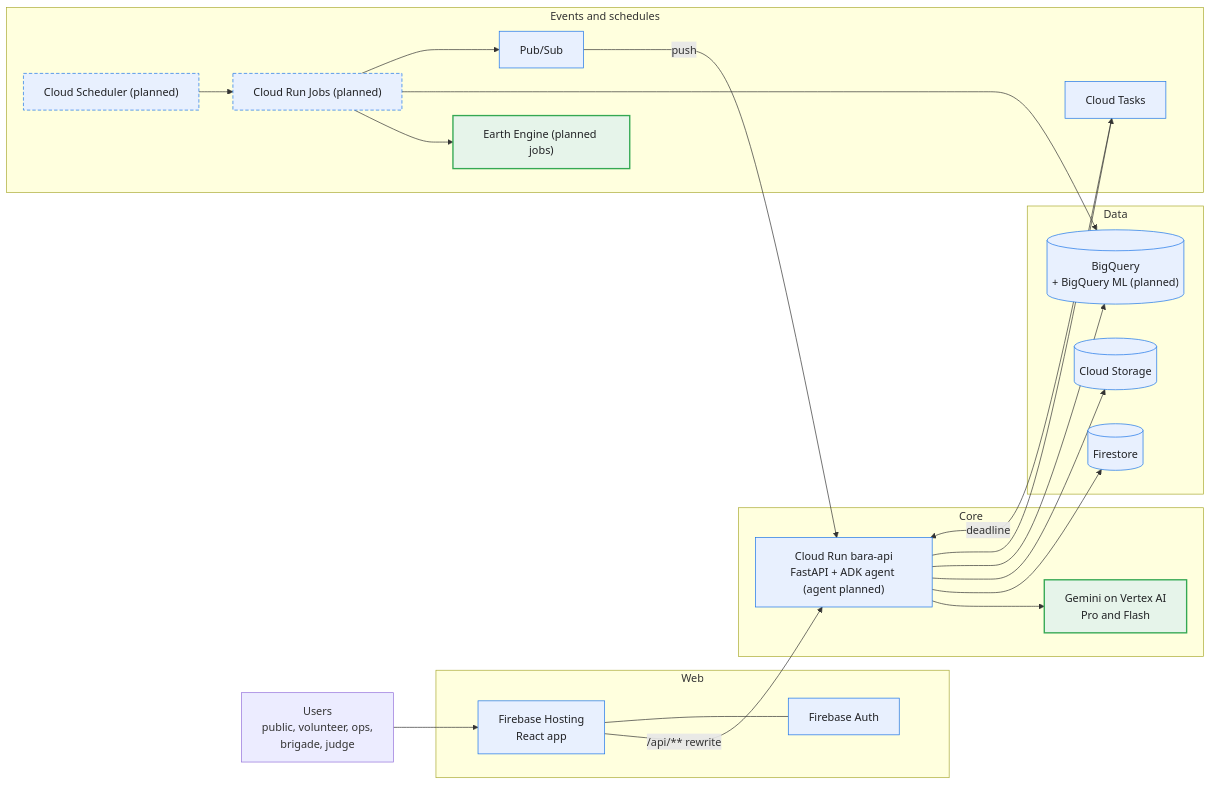
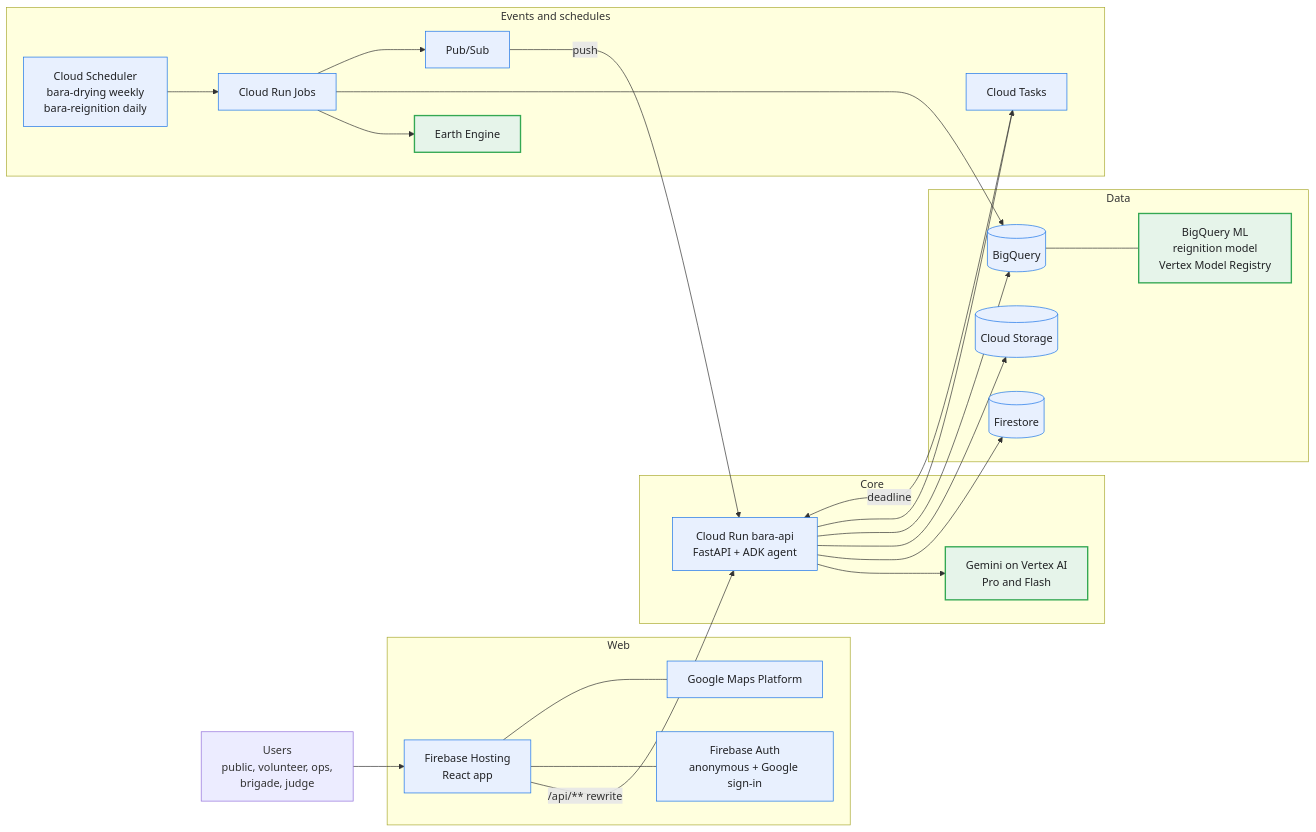
One commit to faber-eng/bara changed the diagram in README.md. Above: the diagram before and after it, drawn with Mermaid. The commit also changed other lines of this file and 2 other files, not shown here.

````diff
--- a/README.md
+++ b/README.md
@@ -19,41 +27,44 @@
 ```mermaid
 flowchart LR
   U["Users<br/>public, volunteer, ops,<br/>brigade, judge"]
   subgraph Edge["Web"]
     H["Firebase Hosting<br/>React app"]:::gcp
-    A["Firebase Auth"]:::gcp
+    A["Firebase Auth<br/>anonymous + Google sign-in"]:::gcp
+    M["Google Maps Platform"]:::gcp
   end
   subgraph Core["Core"]
-    API["Cloud Run bara-api<br/>FastAPI + ADK agent (agent planned)"]:::gcp
+    API["Cloud Run bara-api<br/>FastAPI + ADK agent"]:::gcp
     G["Gemini on Vertex AI<br/>Pro and Flash"]:::ai
   end
   subgraph Data["Data"]
     FS[("Firestore")]:::gcp
     GCS[("Cloud Storage")]:::gcp
-    BQ[("BigQuery<br/>+ BigQuery ML (planned)")]:::gcp
+    BQ[("BigQuery")]:::gcp
+    ML["BigQuery ML<br/>reignition model<br/>Vertex Model Registry"]:::ai
   end
   subgraph Async["Events and schedules"]
     PS["Pub/Sub"]:::gcp
     CT["Cloud Tasks"]:::gcp
-    SCH["Cloud Scheduler (planned)"]:::planned
-    JOB["Cloud Run Jobs (planned)"]:::planned
-    EE["Earth Engine (planned jobs)"]:::ai
+    SCH["Cloud Scheduler<br/>bara-drying weekly<br/>bara-reignition daily"]:::gcp
+    JOB["Cloud Run Jobs"]:::gcp
+    EE["Earth Engine"]:::ai
   end
   U --> H
   H -->|"/api/** rewrite"| API
   H --- A
+  H --- M
   API --> G
   API --> FS
   API --> GCS
   API --> BQ
+  BQ --- ML
   API --> CT
   CT -->|"deadline"| API
   SCH --> JOB
   JOB --> EE
   JOB --> BQ
   JOB --> PS
   PS -->|"push"| API
   classDef gcp fill:#e8f0fe,stroke:#1a73e8,color:#202124
   classDef ai fill:#e6f4ea,stroke:#34a853,stroke-width:2px,color:#202124
-  classDef planned fill:#e8f0fe,stroke:#1a73e8,stroke-dasharray:5 3,color:#202124
 ```
````
